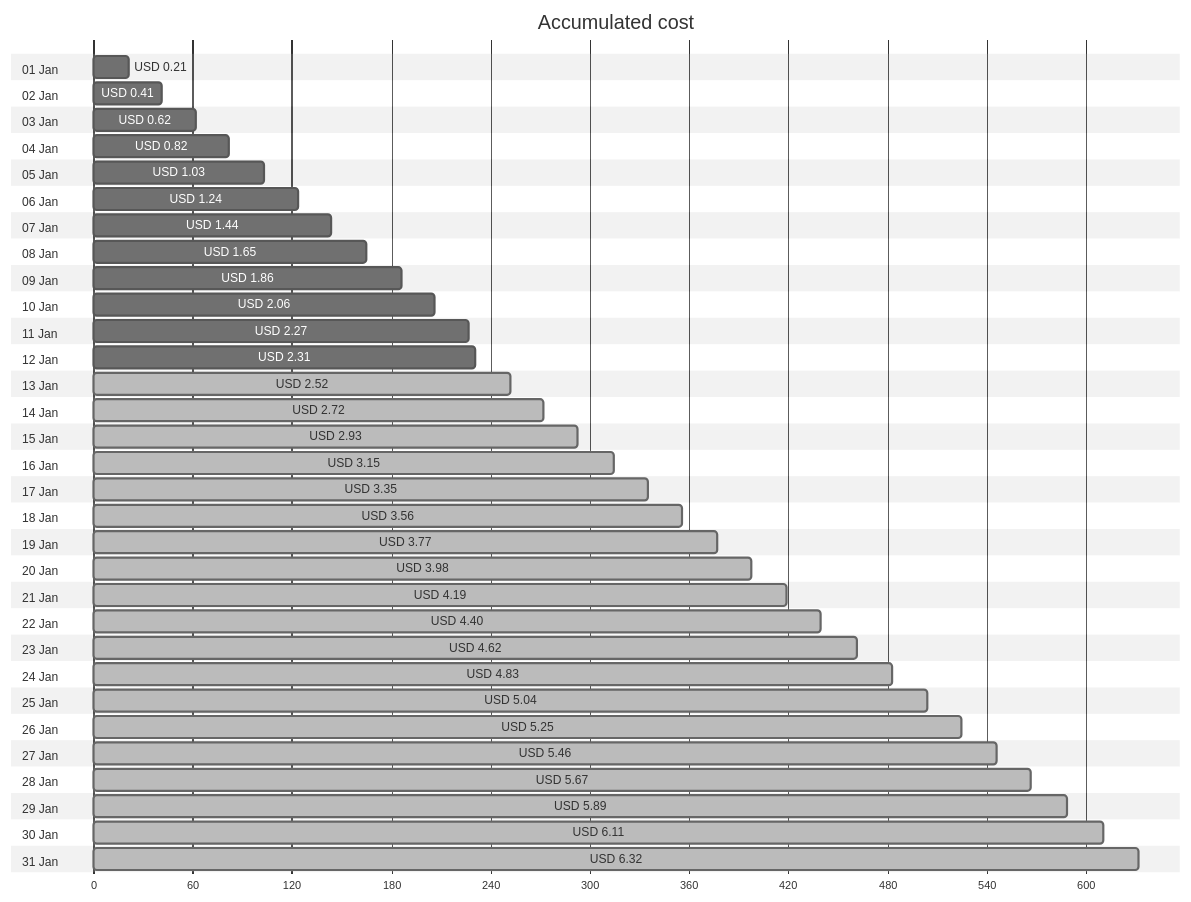
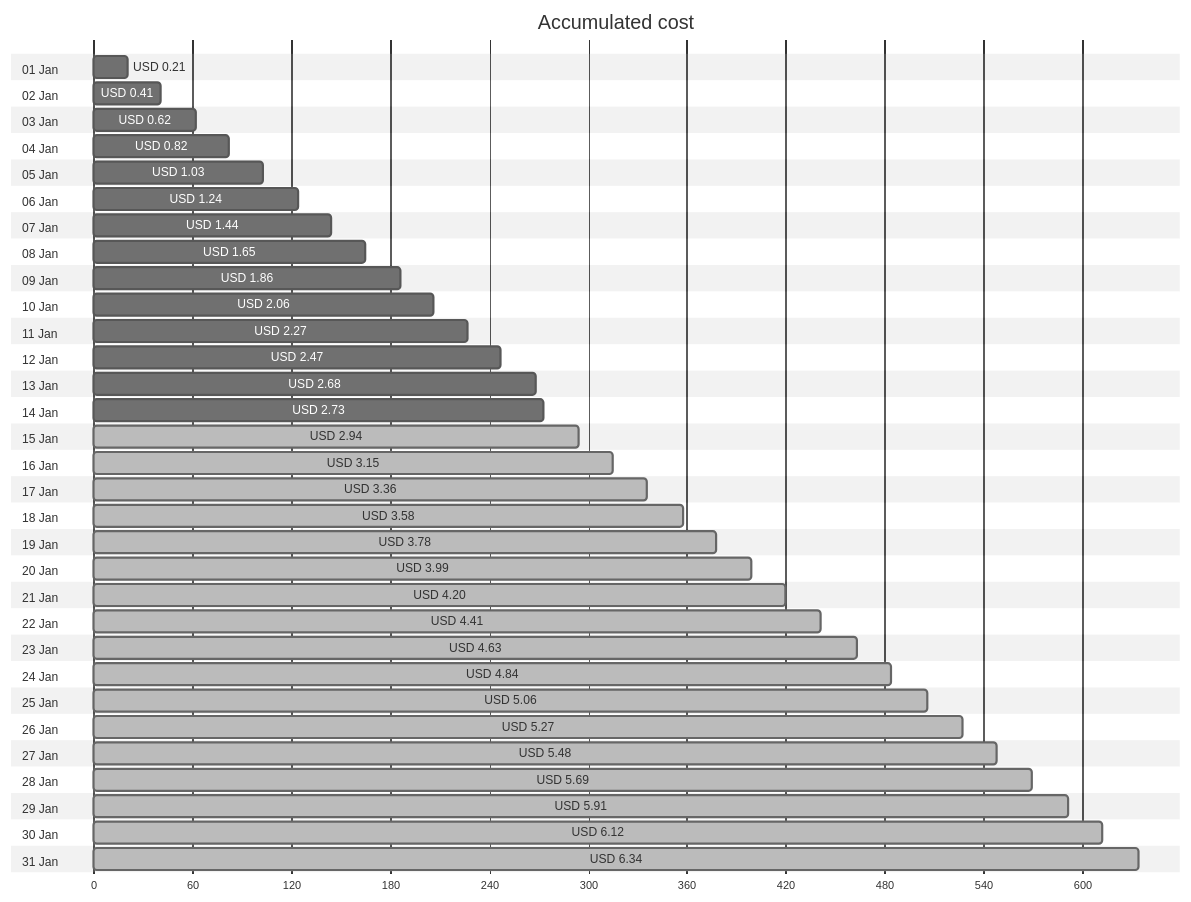
One commit to jpfulton/azure-personal-reports changed the first of 4 diagrams in cost-reports/personal-network/backup-server.md. Above: the diagram before and after it, drawn with Mermaid (neutral theme). The commit also changed other lines of this file and 8 other files, not shown here.

````diff
--- a/cost-reports/personal-network/backup-server.md
+++ b/cost-reports/personal-network/backup-server.md
@@ -20,68 +20,68 @@
 ```mermaid
 gantt
    title Accumulated cost
    dateFormat  X
    axisFormat %s
    section 01 Jan
    USD 0.21 :0, 21
    section 02 Jan
    USD 0.41 :0, 41
    section 03 Jan
    USD 0.62 :0, 62
    section 04 Jan
    USD 0.82 :0, 82
    section 05 Jan
    USD 1.03 :0, 103
    section 06 Jan
    USD 1.24 :0, 124
    section 07 Jan
    USD 1.44 :0, 144
    section 08 Jan
    USD 1.65 :0, 165
    section 09 Jan
    USD 1.86 :0, 186
    section 10 Jan
    USD 2.06 :0, 206
    section 11 Jan
    USD 2.27 :0, 227
    section 12 Jan
-   USD 2.31 :0, 231
+   USD 2.47 :0, 247
    section 13 Jan
-   USD 2.52 : done, 0, 252
+   USD 2.68 :0, 268
    section 14 Jan
-   USD 2.72 : done, 0, 272
+   USD 2.73 :0, 273
    section 15 Jan
-   USD 2.93 : done, 0, 293
+   USD 2.94 : done, 0, 294
    section 16 Jan
    USD 3.15 : done, 0, 315
    section 17 Jan
-   USD 3.35 : done, 0, 335
+   USD 3.36 : done, 0, 336
    section 18 Jan
-   USD 3.56 : done, 0, 356
+   USD 3.58 : done, 0, 358
    section 19 Jan
-   USD 3.77 : done, 0, 377
+   USD 3.78 : done, 0, 378
    section 20 Jan
-   USD 3.98 : done, 0, 398
+   USD 3.99 : done, 0, 399
    section 21 Jan
-   USD 4.19 : done, 0, 419
+   USD 4.20 : done, 0, 420
    section 22 Jan
-   USD 4.40 : done, 0, 440
+   USD 4.41 : done, 0, 441
    section 23 Jan
-   USD 4.62 : done, 0, 462
+   USD 4.63 : done, 0, 463
    section 24 Jan
-   USD 4.83 : done, 0, 483
+   USD 4.84 : done, 0, 484
    section 25 Jan
-   USD 5.04 : done, 0, 504
+   USD 5.06 : done, 0, 506
    section 26 Jan
-   USD 5.25 : done, 0, 525
+   USD 5.27 : done, 0, 527
    section 27 Jan
-   USD 5.46 : done, 0, 546
+   USD 5.48 : done, 0, 548
    section 28 Jan
-   USD 5.67 : done, 0, 567
+   USD 5.69 : done, 0, 569
    section 29 Jan
-   USD 5.89 : done, 0, 589
+   USD 5.91 : done, 0, 591
    section 30 Jan
-   USD 6.11 : done, 0, 611
+   USD 6.12 : done, 0, 612
    section 31 Jan
-   USD 6.32 : done, 0, 632
+   USD 6.34 : done, 0, 634
 ```
````
